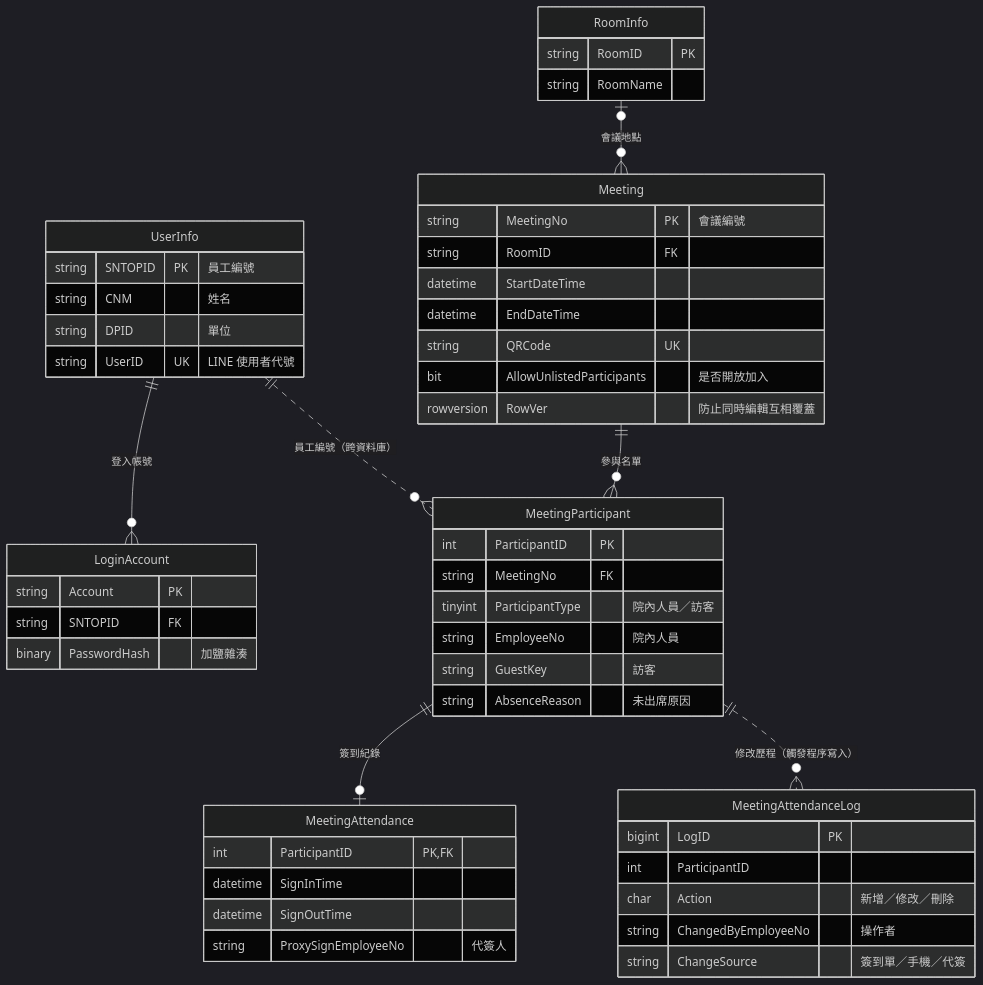
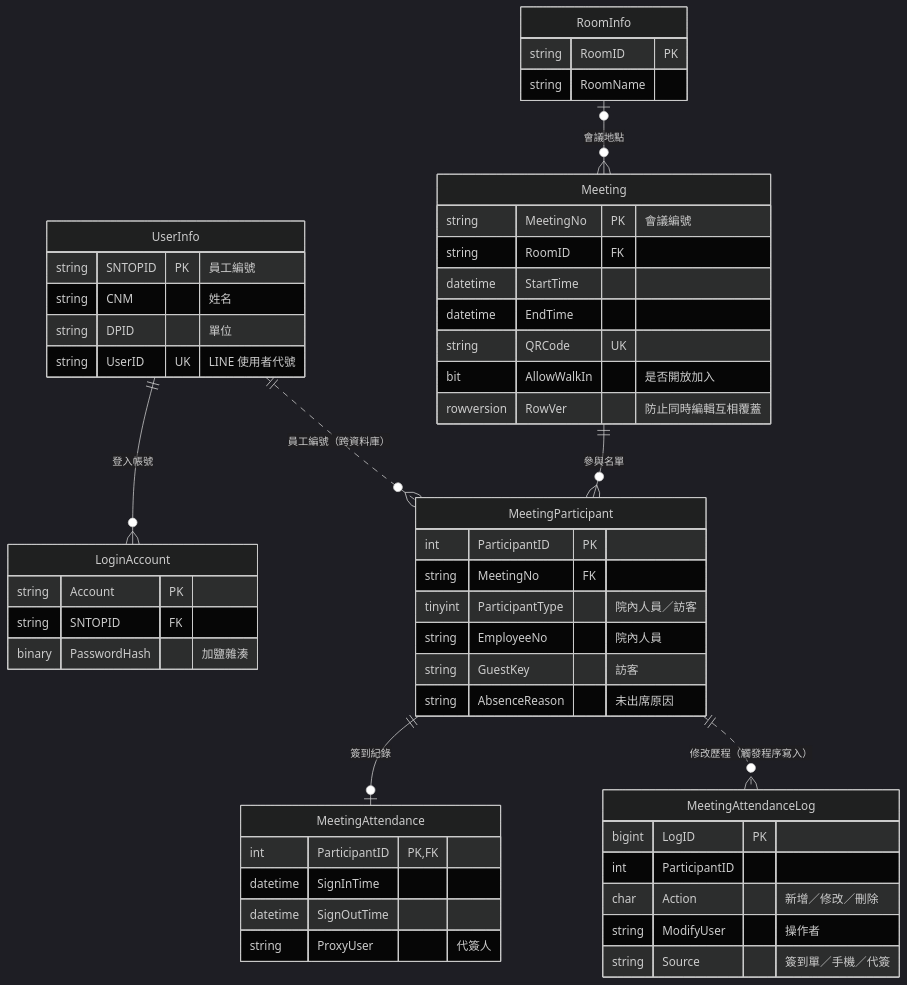
One commit to 98317yang/meeting-checkin changed the second of 2 diagrams in README.md. Above: the diagram before and after it, drawn with Mermaid (dark theme). The commit also changed other lines of this file and 42 other files, not shown here.

````diff
--- a/README.md
+++ b/README.md
@@ -118,55 +118,55 @@
 ```mermaid
 erDiagram
     UserInfo ||--o{ LoginAccount : "登入帳號"
     UserInfo ||..o{ MeetingParticipant : "員工編號（跨資料庫）"
     RoomInfo |o--o{ Meeting : "會議地點"
     Meeting ||--o{ MeetingParticipant : "參與名單"
     MeetingParticipant ||--o| MeetingAttendance : "簽到紀錄"
     MeetingParticipant ||..o{ MeetingAttendanceLog : "修改歷程（觸發程序寫入）"
 
     UserInfo {
         string SNTOPID PK "員工編號"
         string CNM "姓名"
         string DPID "單位"
         string UserID UK "LINE 使用者代號"
     }
     LoginAccount {
         string Account PK
         string SNTOPID FK
         binary PasswordHash "加鹽雜湊"
     }
     RoomInfo {
         string RoomID PK
         string RoomName
     }
     Meeting {
         string MeetingNo PK "會議編號"
         string RoomID FK
-        datetime StartDateTime
-        datetime EndDateTime
+        datetime StartTime
+        datetime EndTime
         string QRCode UK
-        bit AllowUnlistedParticipants "是否開放加入"
+        bit AllowWalkIn "是否開放加入"
         rowversion RowVer "防止同時編輯互相覆蓋"
     }
     MeetingParticipant {
         int ParticipantID PK
         string MeetingNo FK
         tinyint ParticipantType "院內人員／訪客"
         string EmployeeNo "院內人員"
         string GuestKey "訪客"
         string AbsenceReason "未出席原因"
     }
     MeetingAttendance {
         int ParticipantID PK, FK
         datetime SignInTime
         datetime SignOutTime
-        string ProxySignEmployeeNo "代簽人"
+        string ProxyUser "代簽人"
     }
     MeetingAttendanceLog {
         bigint LogID PK
         int ParticipantID
         char Action "新增／修改／刪除"
-        string ChangedByEmployeeNo "操作者"
-        string ChangeSource "簽到單／手機／代簽"
+        string ModifyUser "操作者"
+        string Source "簽到單／手機／代簽"
     }
 ```
````
